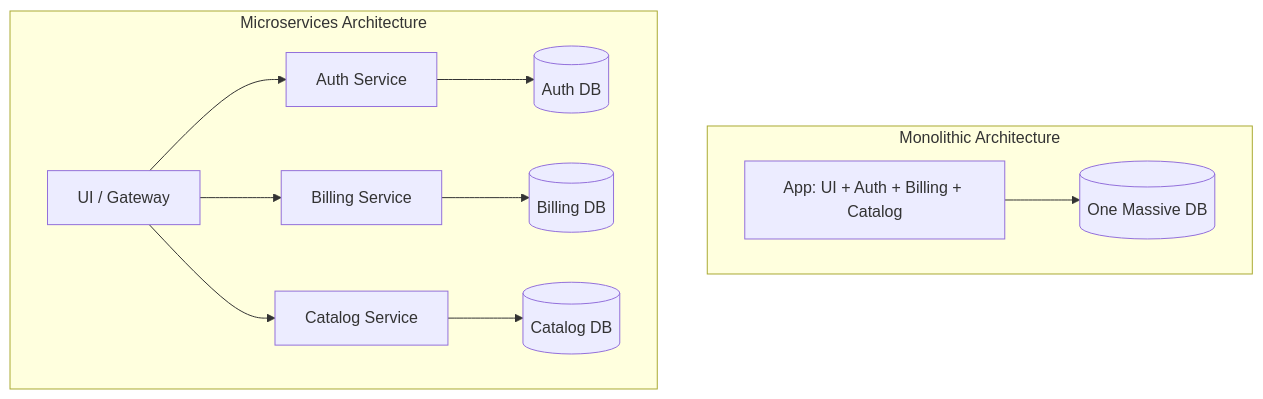
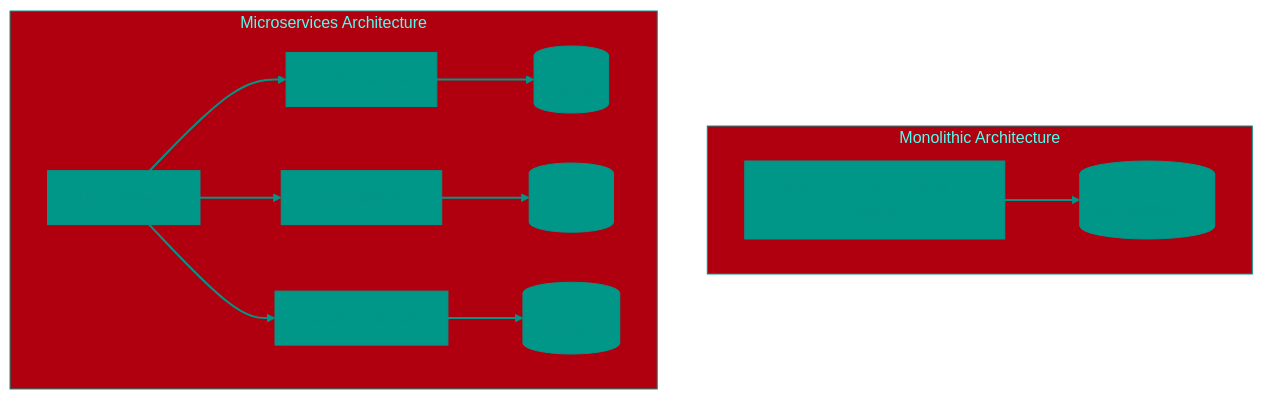
One commit to IBraveMonkey/data_structure-algorithms changed the diagram in eng/computer_science/06_architecture/5_micro_service.md. Above: the diagram before and after it, drawn with Mermaid. The commit also changed other lines of this file and 772 other files, not shown here.

````diff
--- a/eng/computer_science/06_architecture/5_micro_service.md
+++ b/eng/computer_science/06_architecture/5_micro_service.md
@@ -22,17 +26,26 @@
 ```mermaid
+%%{init: { 'theme': 'base', 'themeVariables': { 'lineColor': '#009688', 'primaryColor': '#009688', 'primaryTextColor': '#009688', 'attributeBkg': '#009688', 'attributeTextColor': '#009688', 'signalColor': '#009688', 'actorLineColor': '#009688', 'nodeBorder': '#009688', 'clusterBorder': '#009688', 'textColor': '#009688', 'fontSize': '16px' } } }%%
 graph TD
     subgraph Monolith [Monolithic Architecture]
         App[App: UI + Auth + Billing + Catalog] --> DB[(One Massive DB)]
     end
 
     subgraph Microservices [Microservices Architecture]
         UI[UI / Gateway]
         UI --> Auth[Auth Service]
         UI --> Billing[Billing Service]
         UI --> Catalog[Catalog Service]
         
         Auth --> DB1[(Auth DB)]
         Billing --> DB2[(Billing DB)]
         Catalog --> DB3[(Catalog DB)]
     end
+
+
+
+linkStyle default stroke:#009688,stroke-width:2px;
+
+
+
+
 ```
````
